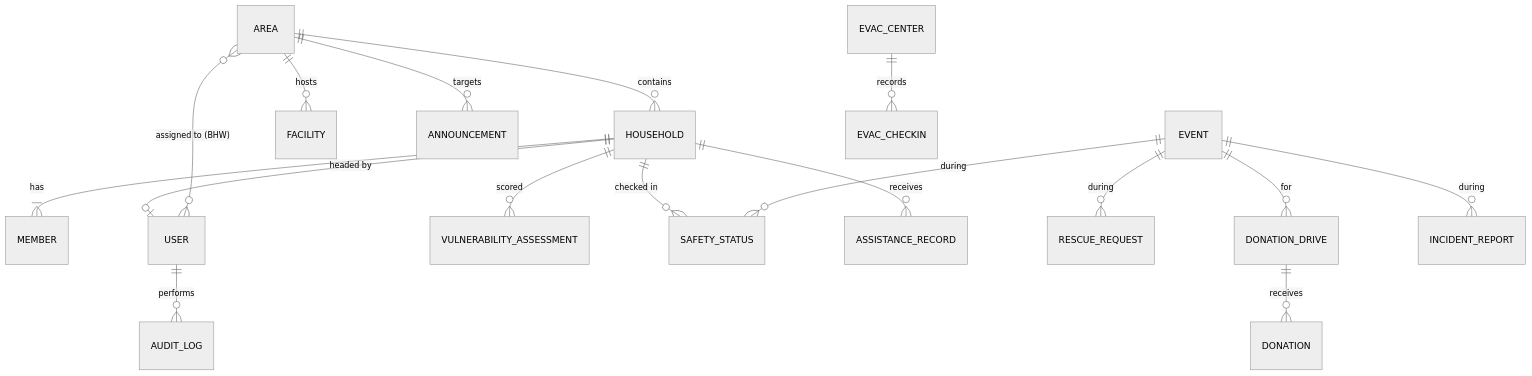
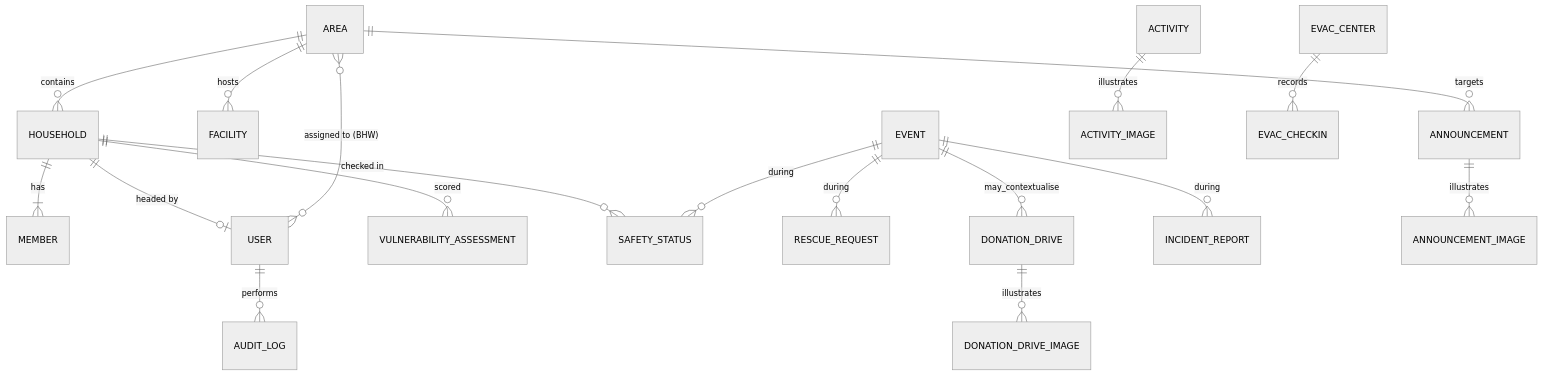
The third of 7 diagrams in docs/architecture.md (MaChewwwww/Project_Pitching), drawn with Mermaid (neutral theme) before and after one commit. The commit also changed other lines of this file and 7 other files, not shown here.

Commit message:
docs: update core specifications and architecture documentation

````diff
--- a/docs/architecture.md
+++ b/docs/architecture.md
@@ -187,23 +185,24 @@
 ```mermaid
 erDiagram
     AREA ||--o{ HOUSEHOLD : contains
     HOUSEHOLD ||--|{ MEMBER : has
     HOUSEHOLD ||--o| USER : "headed by"
     HOUSEHOLD ||--o{ VULNERABILITY_ASSESSMENT : scored
     HOUSEHOLD ||--o{ SAFETY_STATUS : "checked in"
-    HOUSEHOLD ||--o{ ASSISTANCE_RECORD : receives
 
     USER ||--o{ AUDIT_LOG : performs
     USER }o--o{ AREA : "assigned to (BHW)"
 
     AREA ||--o{ FACILITY : hosts
     AREA ||--o{ ANNOUNCEMENT : targets
 
     EVENT ||--o{ SAFETY_STATUS : during
     EVENT ||--o{ RESCUE_REQUEST : during
-    EVENT ||--o{ DONATION_DRIVE : for
+    EVENT ||--o{ DONATION_DRIVE : may_contextualise
     EVENT ||--o{ INCIDENT_REPORT : during
 
-    DONATION_DRIVE ||--o{ DONATION : receives
+    ANNOUNCEMENT ||--o{ ANNOUNCEMENT_IMAGE : illustrates
+    ACTIVITY ||--o{ ACTIVITY_IMAGE : illustrates
+    DONATION_DRIVE ||--o{ DONATION_DRIVE_IMAGE : illustrates
     EVAC_CENTER ||--o{ EVAC_CHECKIN : records
 ```
````
